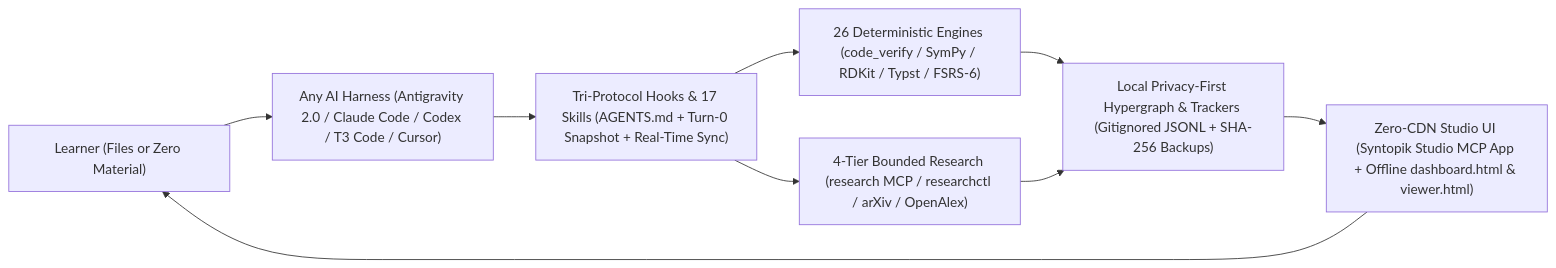
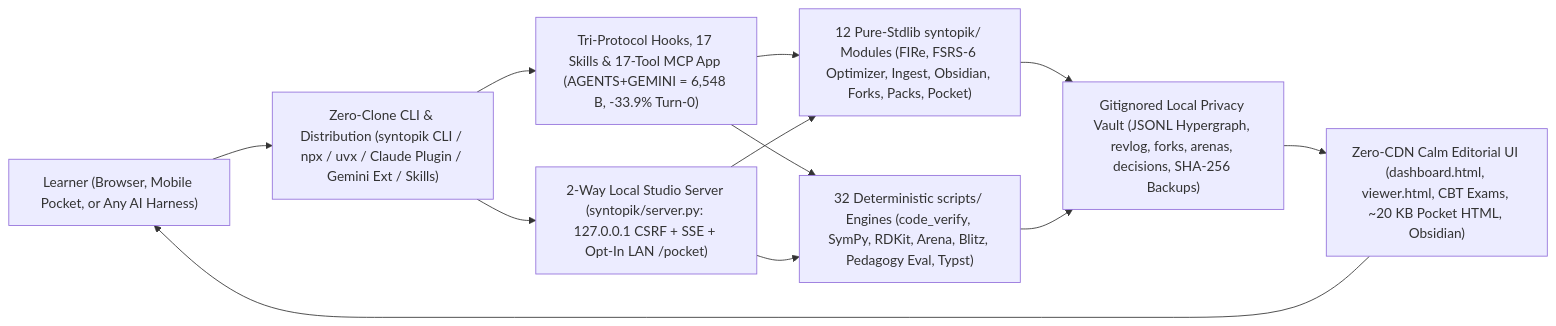
Before and after one commit to HridayKapoor/syntopik: the diagram in README.md, drawn with Mermaid. The commit also changed other lines of this file and 86 other files, not shown here.

Commit message:
feat(v2.0): release Syntopik v2.0.0 — FIRe, live Studio server, 10-second multi-harness packaging & moonshot engines

````diff
--- a/README.md
+++ b/README.md
@@ -58,11 +108,14 @@
 ```mermaid
 flowchart LR
-    Learner["Learner (Files or Zero Material)"] --> Harness["Any AI Harness (Antigravity 2.0 / Claude Code / Codex / T3 Code / Cursor)"]
-    Harness --> Hooks["Tri-Protocol Hooks & 17 Skills (AGENTS.md + Turn-0 Snapshot + Real-Time Sync)"]
-    Hooks --> Engines["26 Deterministic Engines (code_verify / SymPy / RDKit / Typst / FSRS-6)"]
-    Hooks --> Research["4-Tier Bounded Research (research MCP / researchctl / arXiv / OpenAlex)"]
-    Engines --> LocalState["Local Privacy-First Hypergraph & Trackers (Gitignored JSONL + SHA-256 Backups)"]
-    Research --> LocalState
-    LocalState --> StudioUI["Zero-CDN Studio UI (Syntopik Studio MCP App + Offline dashboard.html & viewer.html)"]
-    StudioUI --> Learner
+    Learner["Learner (Browser, Mobile Pocket, or Any AI Harness)"] --> Entry["Zero-Clone CLI & Distribution (syntopik CLI / npx / uvx / Claude Plugin / Gemini Ext / Skills)"]
+    Entry --> Harness["Tri-Protocol Hooks, 17 Skills & 17-Tool MCP App (AGENTS+GEMINI = 6,548 B, -33.9% Turn-0)"]
+    Entry --> Server["2-Way Local Studio Server (syntopik/server.py: 127.0.0.1 CSRF + SSE + Opt-In LAN /pocket)"]
+    Harness --> Core["12 Pure-Stdlib syntopik/ Modules (FIRe, FSRS-6 Optimizer, Ingest, Obsidian, Forks, Packs, Pocket)"]
+    Harness --> Scripts["32 Deterministic scripts/ Engines (code_verify, SymPy, RDKit, Arena, Blitz, Pedagogy Eval, Typst)"]
+    Server --> Core
+    Server --> Scripts
+    Core --> State["Gitignored Local Privacy Vault (JSONL Hypergraph, revlog, forks, arenas, decisions, SHA-256 Backups)"]
+    Scripts --> State
+    State --> UI["Zero-CDN Calm Editorial UI (dashboard.html, viewer.html, CBT Exams, ~20 KB Pocket HTML, Obsidian)"]
+    UI --> Learner
 ```
````
